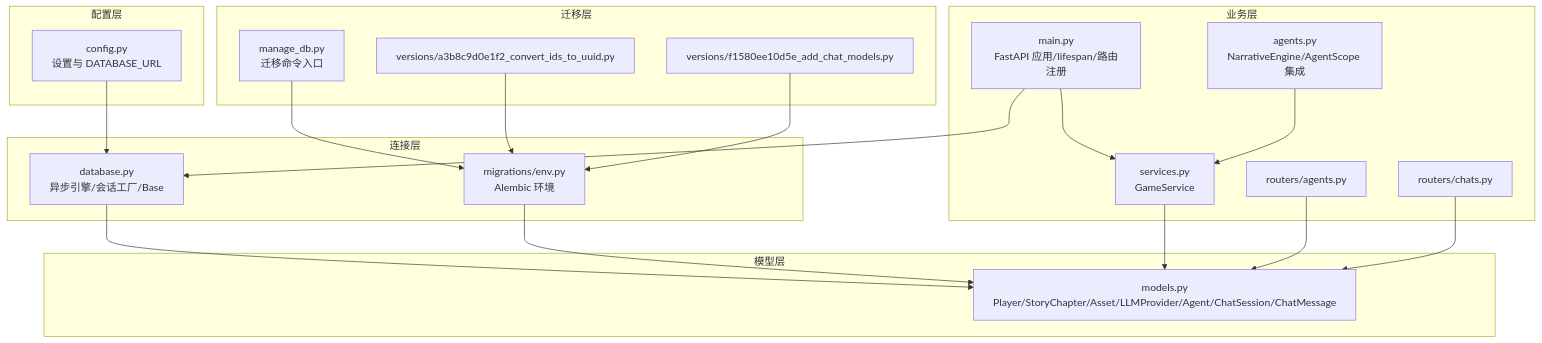
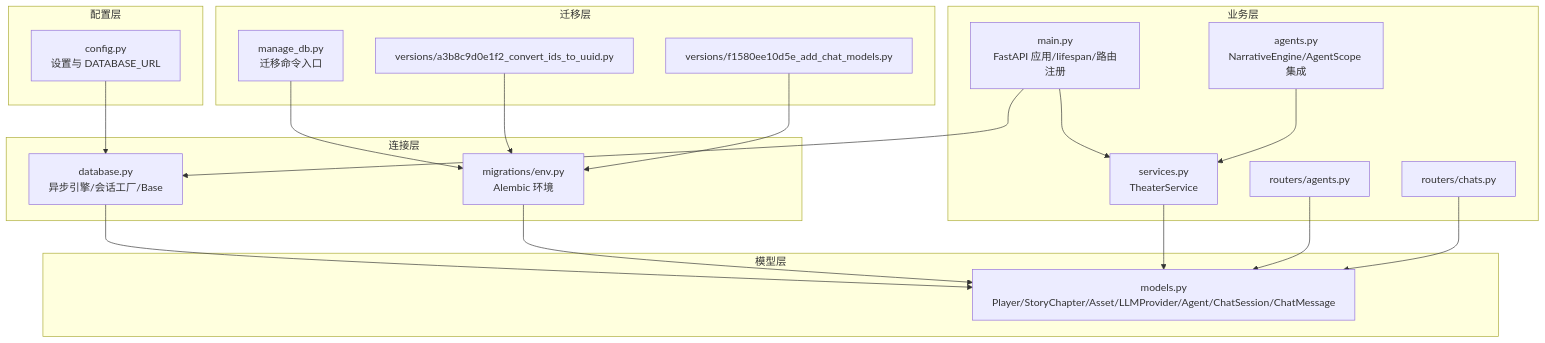
The first of 6 diagrams in .qoder/repowiki/zh/content/数据库设计/数据模型概览.md (KunLabAI/KunFlix), drawn with Mermaid before and after one commit. The commit also changed other lines of this file and 112 other files, not shown here.

````diff
--- a/.qoder/repowiki/zh/content/数据库设计/数据模型概览.md
+++ b/.qoder/repowiki/zh/content/数据库设计/数据模型概览.md
@@ -44,37 +44,37 @@
 ```mermaid
 graph TB
 subgraph "配置层"
 CFG["config.py<br/>设置与 DATABASE_URL"]
 end
 subgraph "连接层"
 DB["database.py<br/>异步引擎/会话工厂/Base"]
 ENV["migrations/env.py<br/>Alembic 环境"]
 end
 subgraph "模型层"
 MODELS["models.py<br/>Player/StoryChapter/Asset/LLMProvider/Agent/ChatSession/ChatMessage"]
 end
 subgraph "业务层"
 MAIN["main.py<br/>FastAPI 应用/lifespan/路由注册"]
-SRV["services.py<br/>GameService"]
+SRV["services.py<br/>TheaterService"]
 AGENTS_RT["routers/agents.py"]
 CHATS_RT["routers/chats.py"]
 AGENTS["agents.py<br/>NarrativeEngine/AgentScope 集成"]
 end
 subgraph "迁移层"
 MIGRATE["manage_db.py<br/>迁移命令入口"]
 V1["versions/a3b8c9d0e1f2_convert_ids_to_uuid.py"]
 V2["versions/f1580ee10d5e_add_chat_models.py"]
 end
 CFG --> DB
 DB --> MODELS
 ENV --> MODELS
 MAIN --> DB
 MAIN --> SRV
 SRV --> MODELS
 AGENTS_RT --> MODELS
 CHATS_RT --> MODELS
 AGENTS --> SRV
 MIGRATE --> ENV
 V1 --> ENV
 V2 --> ENV
 ```
````
